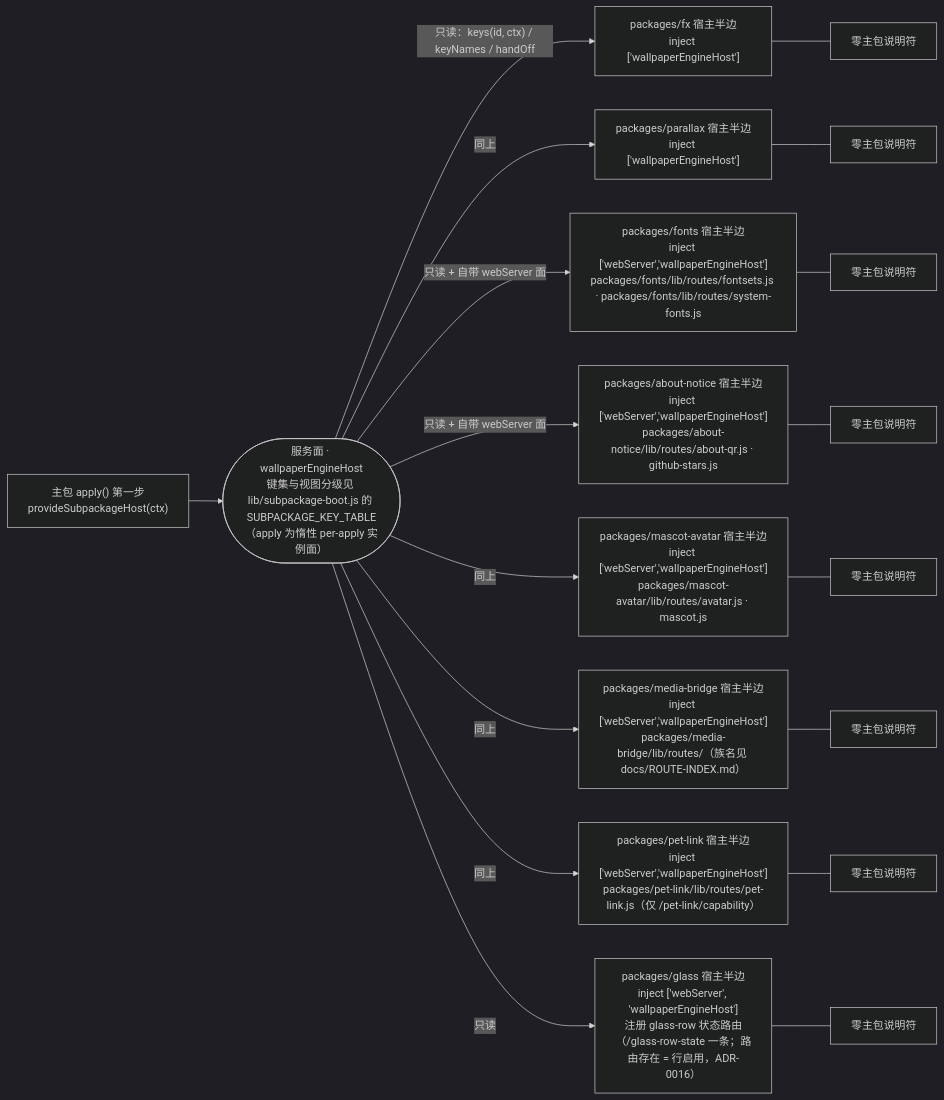
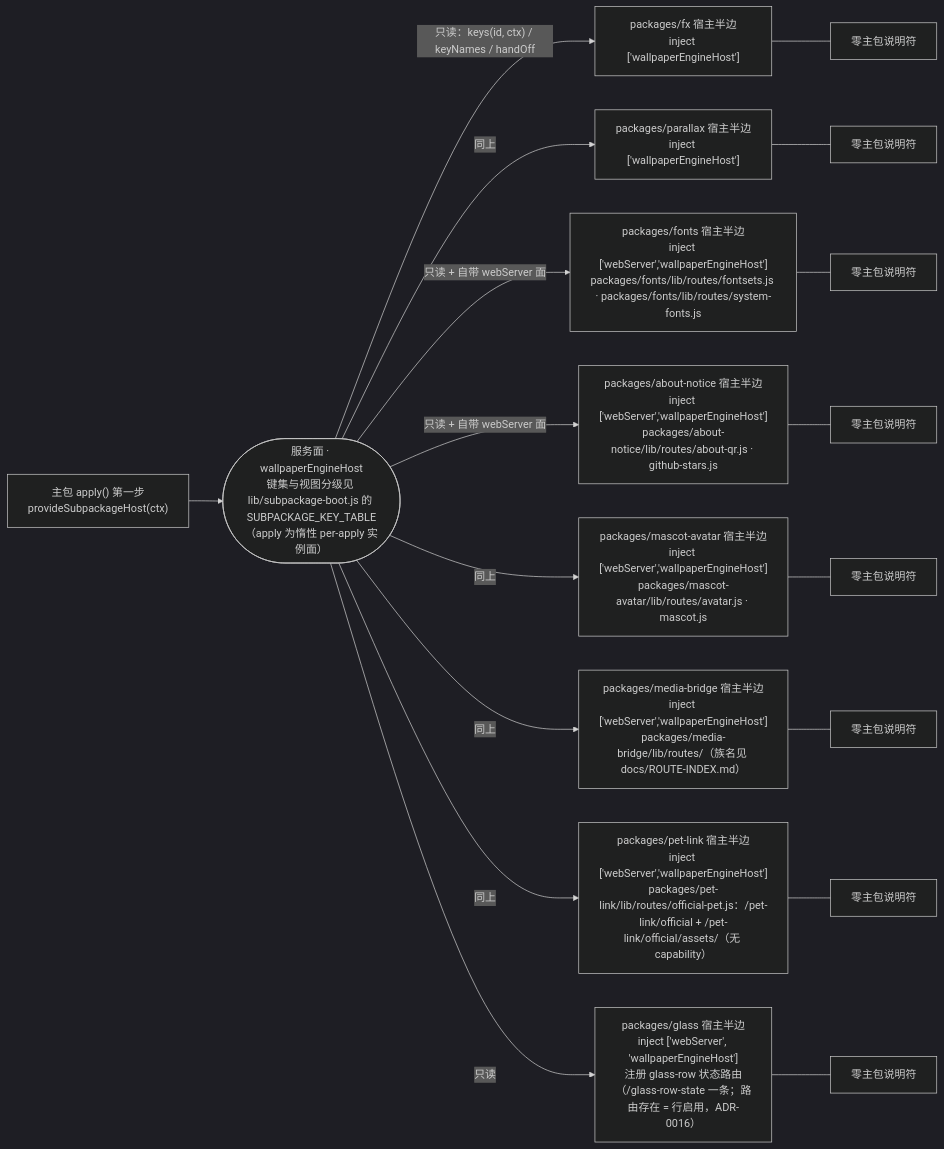
One commit to CREAMSOU/dsh-wallpaper-engine changed the second of 3 diagrams in docs/SUBPACKAGE-GRAPH.md. Above: the diagram before and after it, drawn with Mermaid (dark theme). The commit also changed 20 other files, not shown here.

````diff
--- a/docs/SUBPACKAGE-GRAPH.md
+++ b/docs/SUBPACKAGE-GRAPH.md
@@ -51,22 +51,22 @@
 ```mermaid
 graph LR
   APPLY["主包 apply() 第一步<br/>provideSubpackageHost(ctx)"]
   SVC(["服务面 · wallpaperEngineHost<br/>键集与视图分级见 lib/subpackage-boot.js 的 SUBPACKAGE_KEY_TABLE<br/>（apply 为惰性 per-apply 实例面）"])
   APPLY --> SVC
   SVC -->|"只读：keys(id, ctx) / keyNames / handOff"| FX["packages/fx 宿主半边<br/>inject ['wallpaperEngineHost']"]
   SVC -->|"同上"| PX["packages/parallax 宿主半边<br/>inject ['wallpaperEngineHost']"]
   SVC -->|"只读 + 自带 webServer 面"| FT["packages/fonts 宿主半边<br/>inject ['webServer','wallpaperEngineHost']<br/>packages/fonts/lib/routes/fontsets.js · packages/fonts/lib/routes/system-fonts.js"]
   SVC -->|"只读 + 自带 webServer 面"| AN["packages/about-notice 宿主半边<br/>inject ['webServer','wallpaperEngineHost']<br/>packages/about-notice/lib/routes/about-qr.js · github-stars.js"]
   SVC -->|"同上"| MA["packages/mascot-avatar 宿主半边<br/>inject ['webServer','wallpaperEngineHost']<br/>packages/mascot-avatar/lib/routes/avatar.js · mascot.js"]
   SVC -->|"同上"| MB["packages/media-bridge 宿主半边<br/>inject ['webServer','wallpaperEngineHost']<br/>packages/media-bridge/lib/routes/（族名见 docs/ROUTE-INDEX.md）"]
-  SVC -->|"同上"| PL["packages/pet-link 宿主半边<br/>inject ['webServer','wallpaperEngineHost']<br/>packages/pet-link/lib/routes/pet-link.js（仅 /pet-link/capability）"]
+  SVC -->|"同上"| PL["packages/pet-link 宿主半边<br/>inject ['webServer','wallpaperEngineHost']<br/>packages/pet-link/lib/routes/official-pet.js：/pet-link/official + /pet-link/official/assets/（无 capability）"]
   SVC -->|"只读"| GL["packages/glass 宿主半边<br/>inject ['webServer', 'wallpaperEngineHost']<br/>注册 glass-row 状态路由（/glass-row-state 一条；路由存在 = 行启用，ADR-0016）"]
   FX --- N1["零主包说明符"]
   PX --- N2["零主包说明符"]
   FT --- N3["零主包说明符"]
   AN --- N4["零主包说明符"]
   MA --- N5["零主包说明符"]
   MB --- N6["零主包说明符"]
   PL --- N7["零主包说明符"]
   GL --- N8["零主包说明符"]
 ```
````
